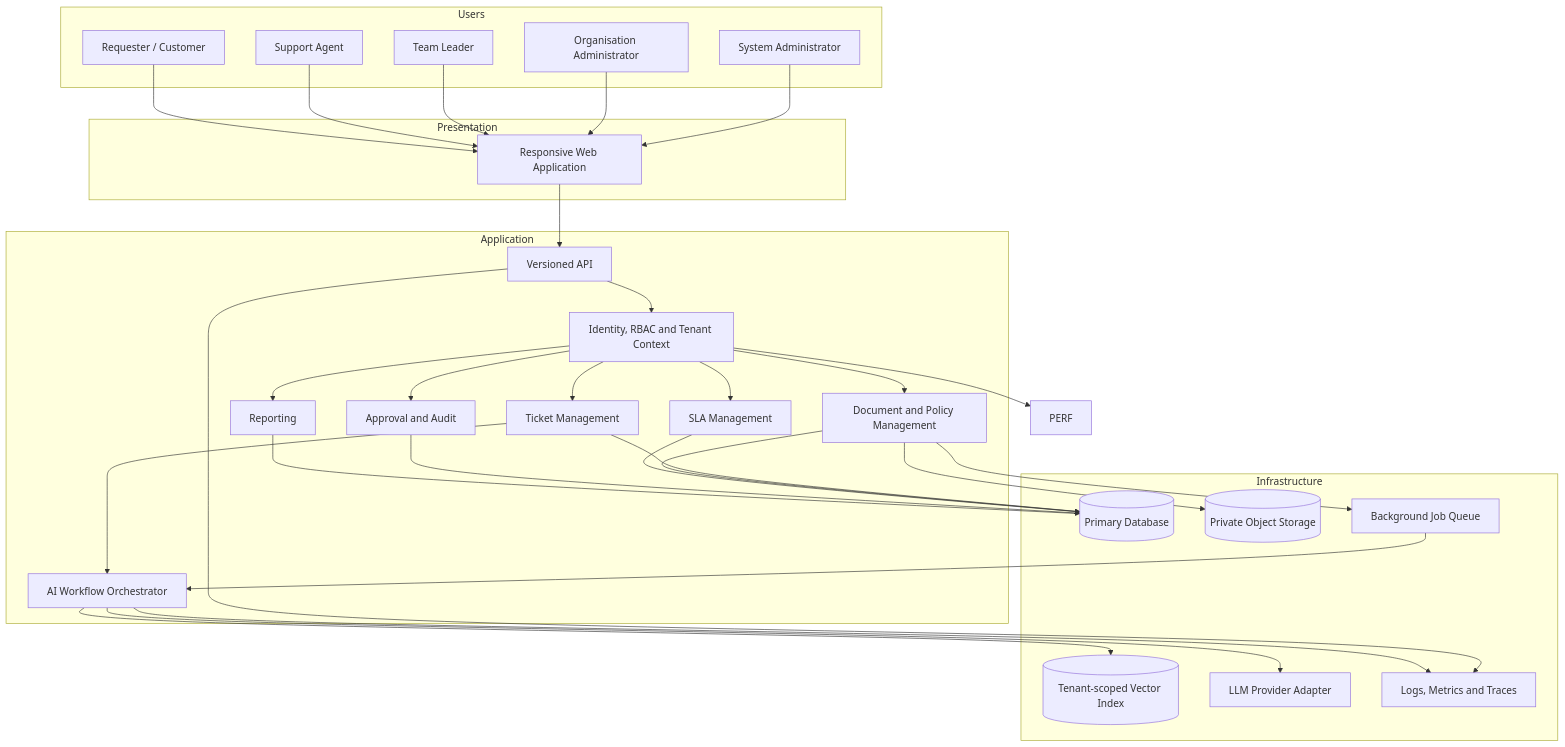
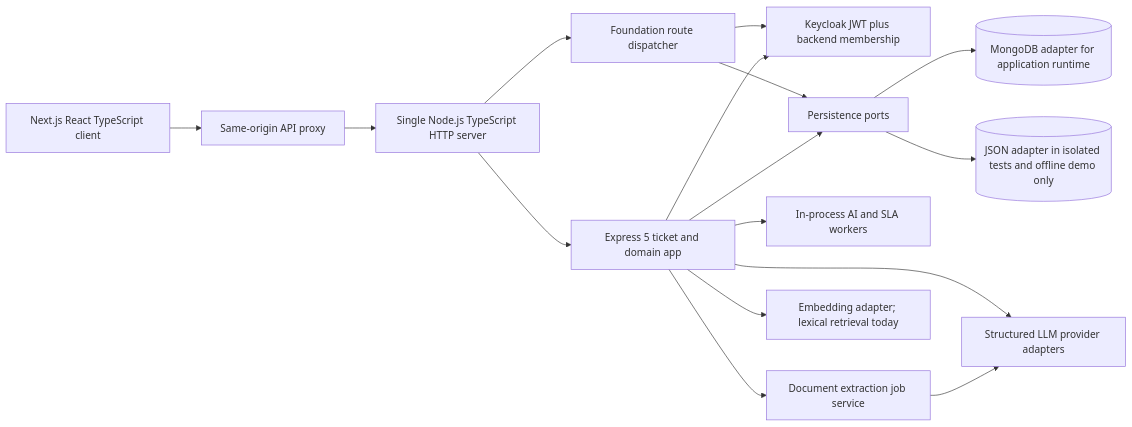
The diagram in docs/architecture/Architecture.md (Group-D-AI-Interns/AI-Support-Ticket-Triage-Agent), drawn with Mermaid before and after one commit. The commit also changed other lines of this file and 168 other files, not shown here.

````diff
--- a/docs/architecture/Architecture.md
+++ b/docs/architecture/Architecture.md
@@ -21,57 +13,18 @@
 ```mermaid
-flowchart TB
-  subgraph Users
-    SA[System Administrator]
-    OA[Organisation Administrator]
-    TL[Team Leader]
-    AG[Support Agent]
-    CU[Requester / Customer]
-  end
-  subgraph Presentation
-    WEB[Responsive Web Application]
-  end
-  subgraph Application
-    API[Versioned API]
-    IAM[Identity, RBAC and Tenant Context]
-    TKT[Ticket Management]
-    DOC[Document and Policy Management]
-    SLA[SLA Management]
-    APR[Approval and Audit]
-    REP[Reporting]
-    AI[AI Workflow Orchestrator]
-  end
-  subgraph Infrastructure
-    DB[(Primary Database)]
-    OBJ[(Private Object Storage)]
-    Q[Background Job Queue]
-    VEC[(Tenant-scoped Vector Index)]
-    LLM[LLM Provider Adapter]
-    OBS[Logs, Metrics and Traces]
-  end
-  SA --> WEB
-  OA --> WEB
-  TL --> WEB
-  AG --> WEB
-  CU --> WEB
-  WEB --> API
-  API --> IAM
-  IAM --> TKT
-  IAM --> DOC
-  IAM --> SLA
-  IAM --> PERF
-  IAM --> APR
-  IAM --> REP
-  TKT --> AI
-  DOC --> Q
-  Q --> AI
-  AI --> VEC
-  AI --> LLM
-  TKT --> DB
-  DOC --> DB
-  DOC --> OBJ
-  SLA --> DB
-  APR --> DB
-  REP --> DB
-  API --> OBS
-  AI --> OBS
+flowchart LR
+  Browser[Next.js React TypeScript client] --> Proxy[Same-origin API proxy]
+  Proxy --> Http[Single Node.js TypeScript HTTP server]
+  Http --> Foundation[Foundation route dispatcher]
+  Http --> Express[Express 5 ticket and domain app]
+  Foundation --> Identity[Keycloak JWT plus backend membership]
+  Express --> Identity
+  Foundation --> Ports[Persistence ports]
+  Express --> Ports
+  Ports --> Mongo[(MongoDB adapter for application runtime)]
+  Ports --> Json[(JSON adapter in isolated tests and offline demo only)]
+  Express --> Workers[In-process AI and SLA workers]
+  Express --> Extraction[Document extraction job service]
+  Express --> LLM[Structured LLM provider adapters]
+  Express --> Embed[Embedding adapter; lexical retrieval today]
+  Extraction --> LLM
 ```
````
